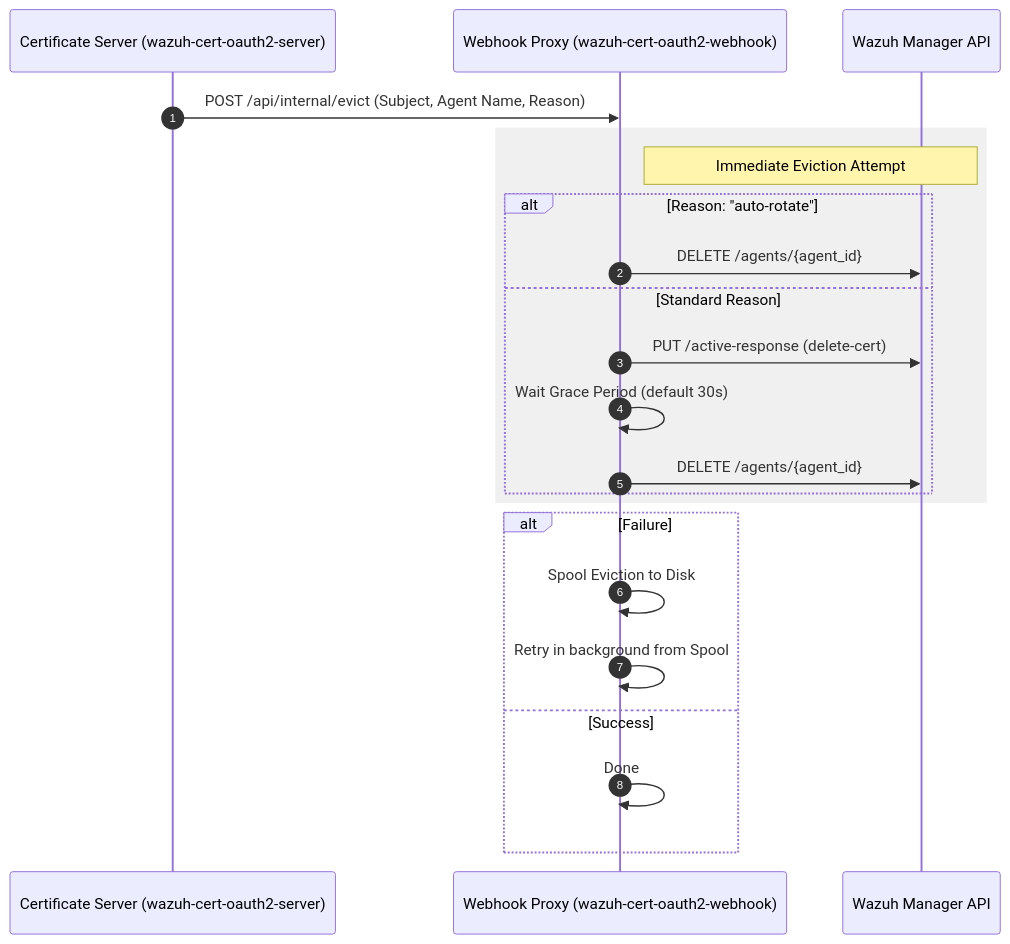
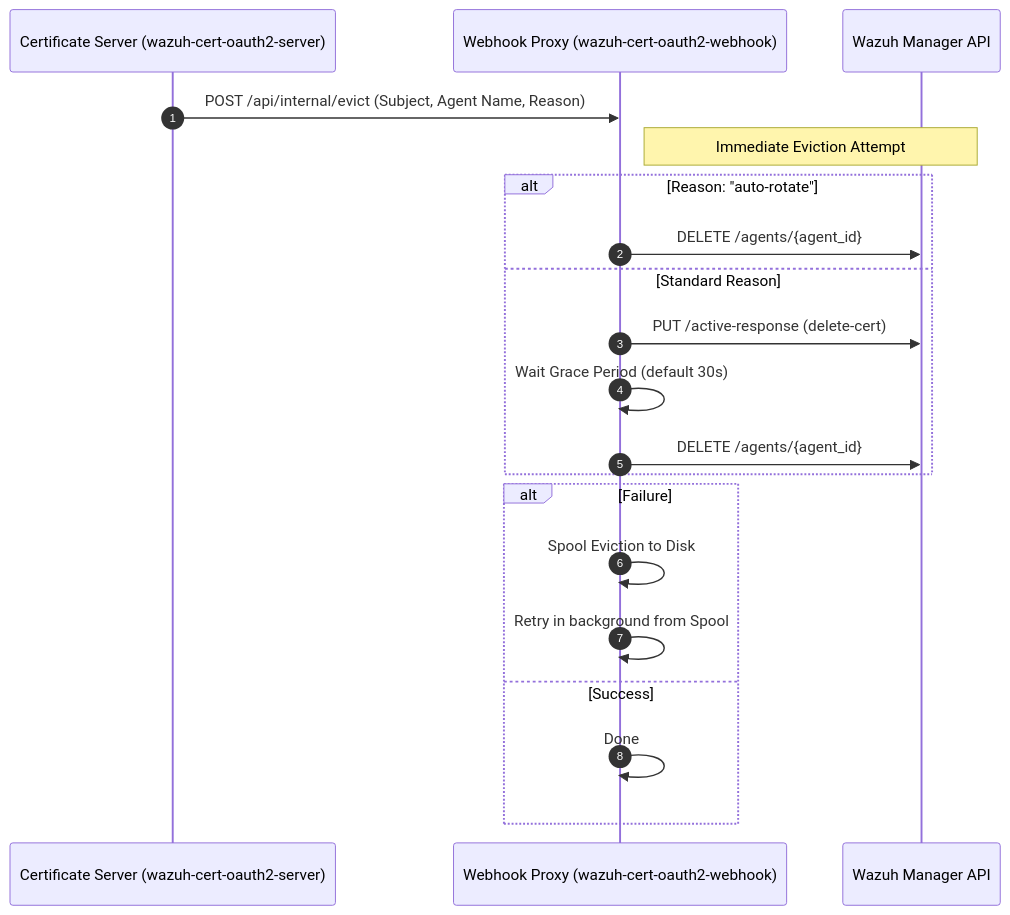
Before and after one commit to ADORSYS-GIS/wazuh-cert-oauth2: the fourth of 4 diagrams in docs/architecture.md, drawn with Mermaid. The commit also changed other lines of this file and 9 other files, not shown here.

````diff
--- a/docs/architecture.md
+++ b/docs/architecture.md
@@ -143,29 +124,27 @@
 ```mermaid
 sequenceDiagram
     autonumber
 
     participant Server as Certificate Server (wazuh-cert-oauth2-server)
     participant Webhook as Webhook Proxy (wazuh-cert-oauth2-webhook)
     participant Wazuh as Wazuh Manager API
 
     Server->>Webhook: POST /api/internal/evict (Subject, Agent Name, Reason)
     
-    rect rgb(240, 240, 240)
     Note right of Webhook: Immediate Eviction Attempt
     
     alt Reason: "auto-rotate"
         Webhook->>Wazuh: DELETE /agents/{agent_id}
     else Standard Reason
         Webhook->>Wazuh: PUT /active-response (delete-cert)
         Webhook->>Webhook: Wait Grace Period (default 30s)
         Webhook->>Wazuh: DELETE /agents/{agent_id}
     end
-    end
 
     alt Failure
         Webhook->>Webhook: Spool Eviction to Disk
         Webhook->>Webhook: Retry in background from Spool
     else Success
         Webhook->>Webhook: Done
     end
 ```
````
